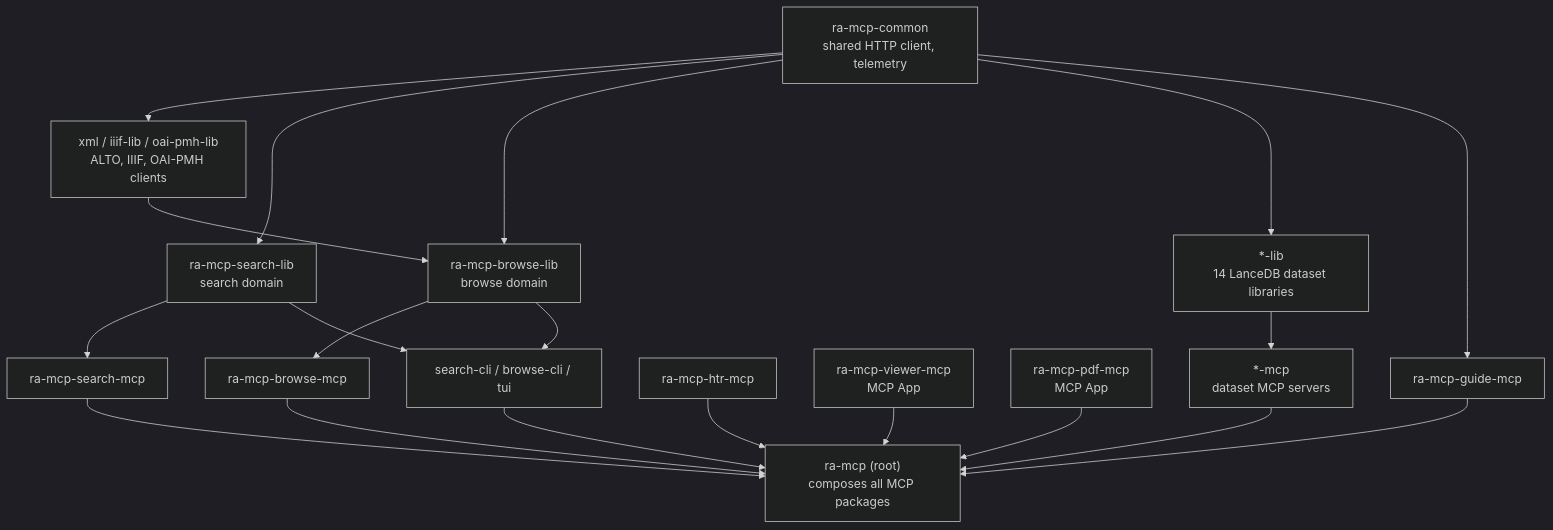
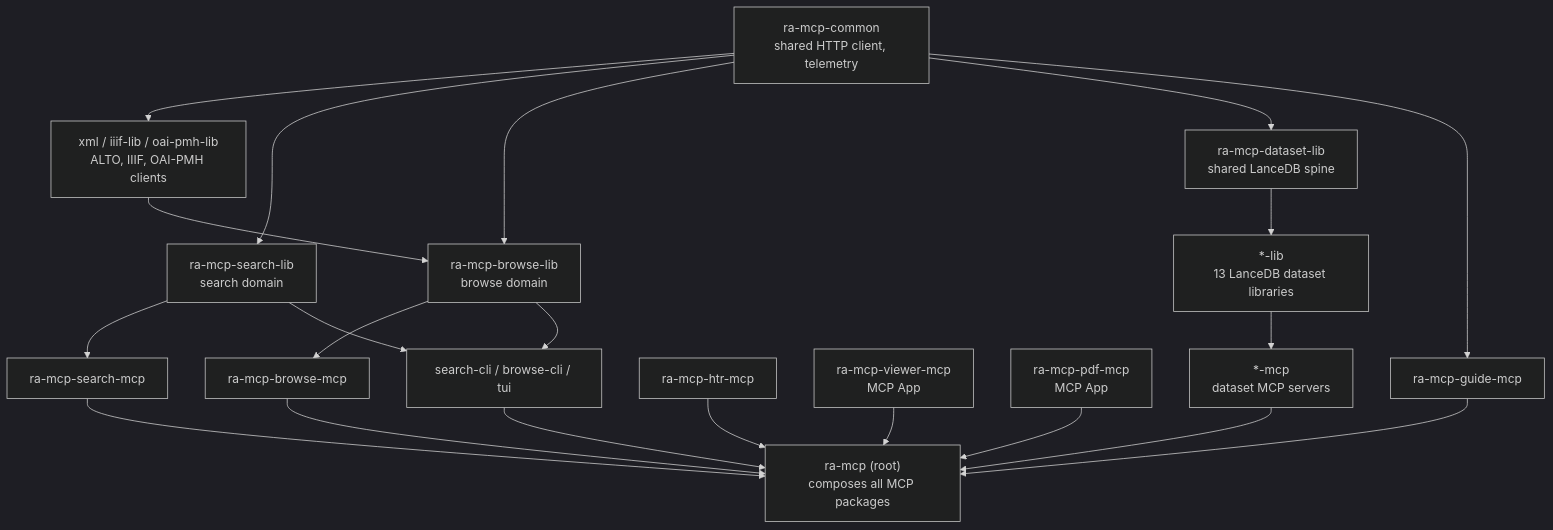
Before and after one commit to AI-Riksarkivet/ra-mcp: the diagram in docs/how-it-works/architecture.md, drawn with Mermaid (dark theme). The commit also changed other lines of this file and 2 other files, not shown here.

First line of the commit message:
docs: interactive architecture diagram + refresh the architecture reference

````diff
--- a/docs/how-it-works/architecture.md
+++ b/docs/how-it-works/architecture.md
@@ -71,27 +75,29 @@
 ``` mermaid
 graph TD
   common["ra-mcp-common\nshared HTTP client, telemetry"]
 
   clients["xml / iiif-lib / oai-pmh-lib\nALTO, IIIF, OAI-PMH clients"]
   search["ra-mcp-search-lib\nsearch domain"]
   browse["ra-mcp-browse-lib\nbrowse domain"]
-  datasets["*-lib\n14 LanceDB dataset libraries"]
+  spine["ra-mcp-dataset-lib\nshared LanceDB spine"]
+  datasets["*-lib\n13 LanceDB dataset libraries"]
 
   search_mcp["ra-mcp-search-mcp"]
   browse_mcp["ra-mcp-browse-mcp"]
   guide["ra-mcp-guide-mcp"]
   htr["ra-mcp-htr-mcp"]
   viewer["ra-mcp-viewer-mcp\nMCP App"]
   pdf["ra-mcp-pdf-mcp\nMCP App"]
   dataset_mcp["*-mcp\ndataset MCP servers"]
   cli["search-cli / browse-cli / tui"]
 
   root["ra-mcp (root)\ncomposes all MCP packages"]
 
-  common --> clients & search & browse & datasets & guide
+  common --> clients & search & browse & spine & guide
   clients --> browse
+  spine --> datasets
   search --> search_mcp & cli
   browse --> browse_mcp & cli
   datasets --> dataset_mcp
   search_mcp & browse_mcp & guide & htr & viewer & pdf & dataset_mcp & cli --> root
 ```
````
